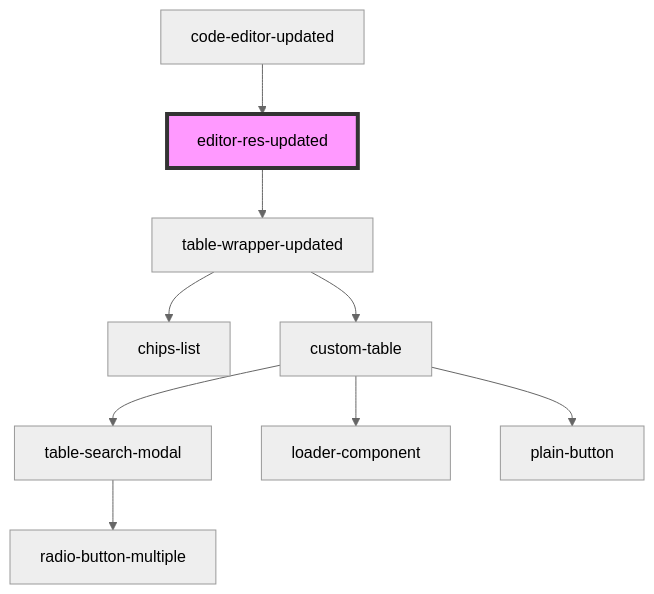
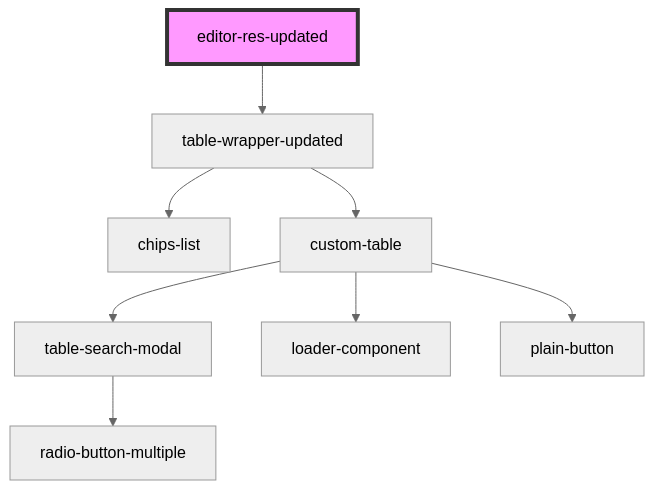
The diagram in src/components/editor-res-updated/readme.md (techvariable/NeptuneConnectComponents), drawn with Mermaid (neutral theme) before and after one commit. The commit also changed other lines of this file and 8 other files, not shown here.

````diff
--- a/src/components/editor-res-updated/readme.md
+++ b/src/components/editor-res-updated/readme.md
@@ -27,12 +23,11 @@
 ```mermaid
 graph TD;
   editor-res-updated --> table-wrapper-updated
   table-wrapper-updated --> chips-list
   table-wrapper-updated --> custom-table
   custom-table --> table-search-modal
   custom-table --> loader-component
   custom-table --> plain-button
   table-search-modal --> radio-button-multiple
-  code-editor-updated --> editor-res-updated
   style editor-res-updated fill:#f9f,stroke:#333,stroke-width:4px
 ```
````
